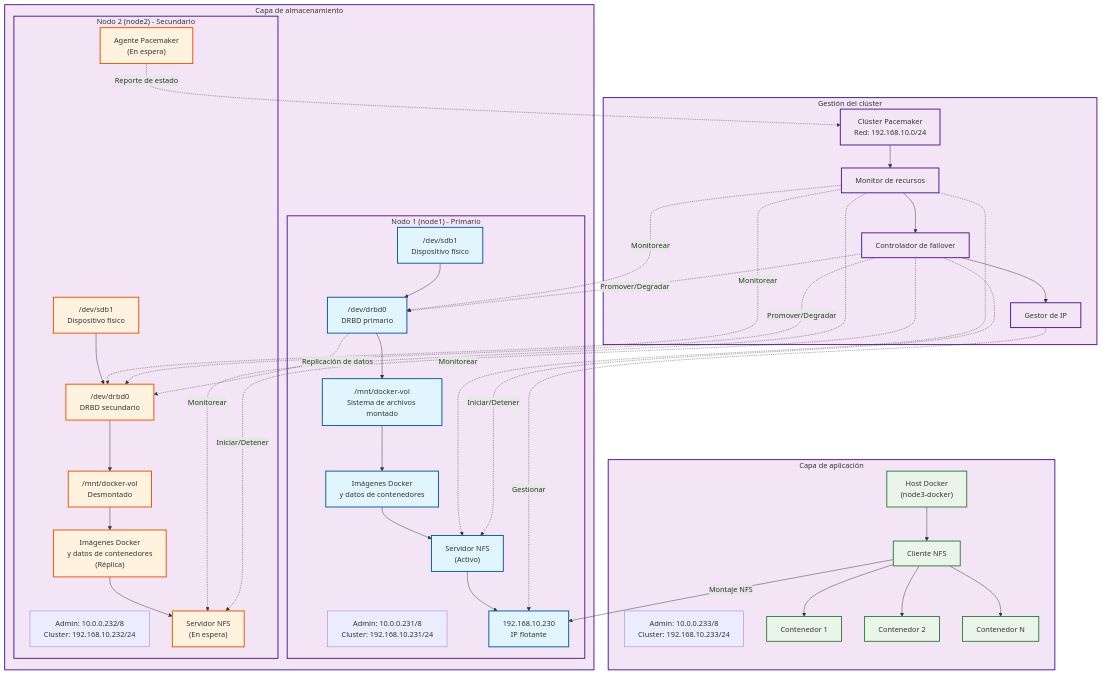
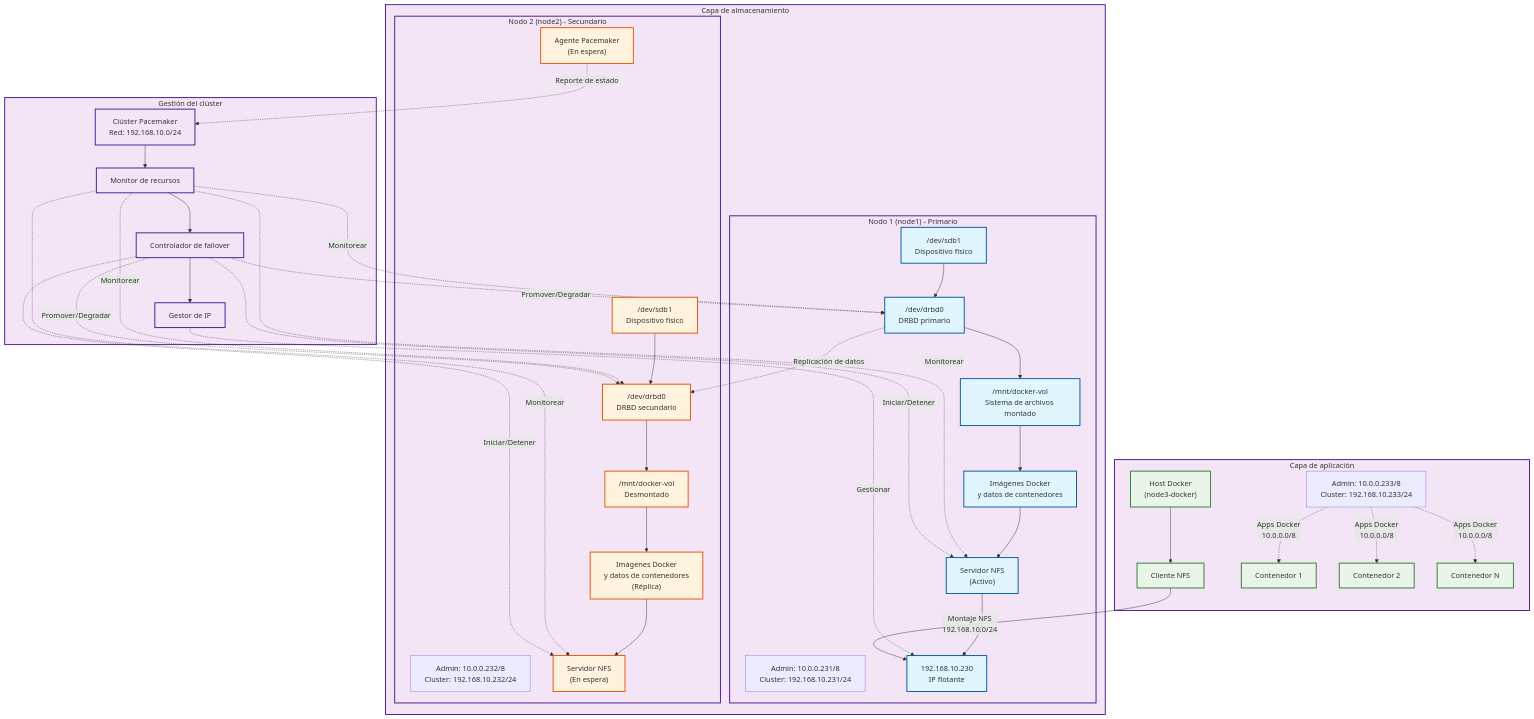
Before and after one commit to incogniadev/DRBD: the first of 2 diagrams in docs/ARCHITECTURE.md, drawn with Mermaid. The commit also changed other lines of this file, not shown here.

First line of the commit message:
Clarify network traffic separation in ARCHITECTURE.md

```diff
--- a/docs/ARCHITECTURE.md
+++ b/docs/ARCHITECTURE.md
@@ -79,12 +79,14 @@
     C3 -.->|"Iniciar/Detener"| B4
     C4 -.->|"Gestionar"| A5
     
-    %% Acceso de aplicación
+    %% Acceso de aplicación - Docker Engine hacia NFS (red de clúster)
     D1 --> D2
-    D2 -->|"Montaje NFS"| A5
-    D2 --> D3
-    D2 --> D4
-    D2 --> D5
+    D2 -->|"Montaje NFS<br/>192.168.10.0/24"| A5
+    
+    %% Aplicaciones Docker hacia usuarios (red de administración)
+    D1N -.->|"Apps Docker<br/>10.0.0.0/8"| D3
+    D1N -.->|"Apps Docker<br/>10.0.0.0/8"| D4
+    D1N -.->|"Apps Docker<br/>10.0.0.0/8"| D5
     
     %% Reporte de standby
     B5 -.->|"Reporte de estado"| C1
```
